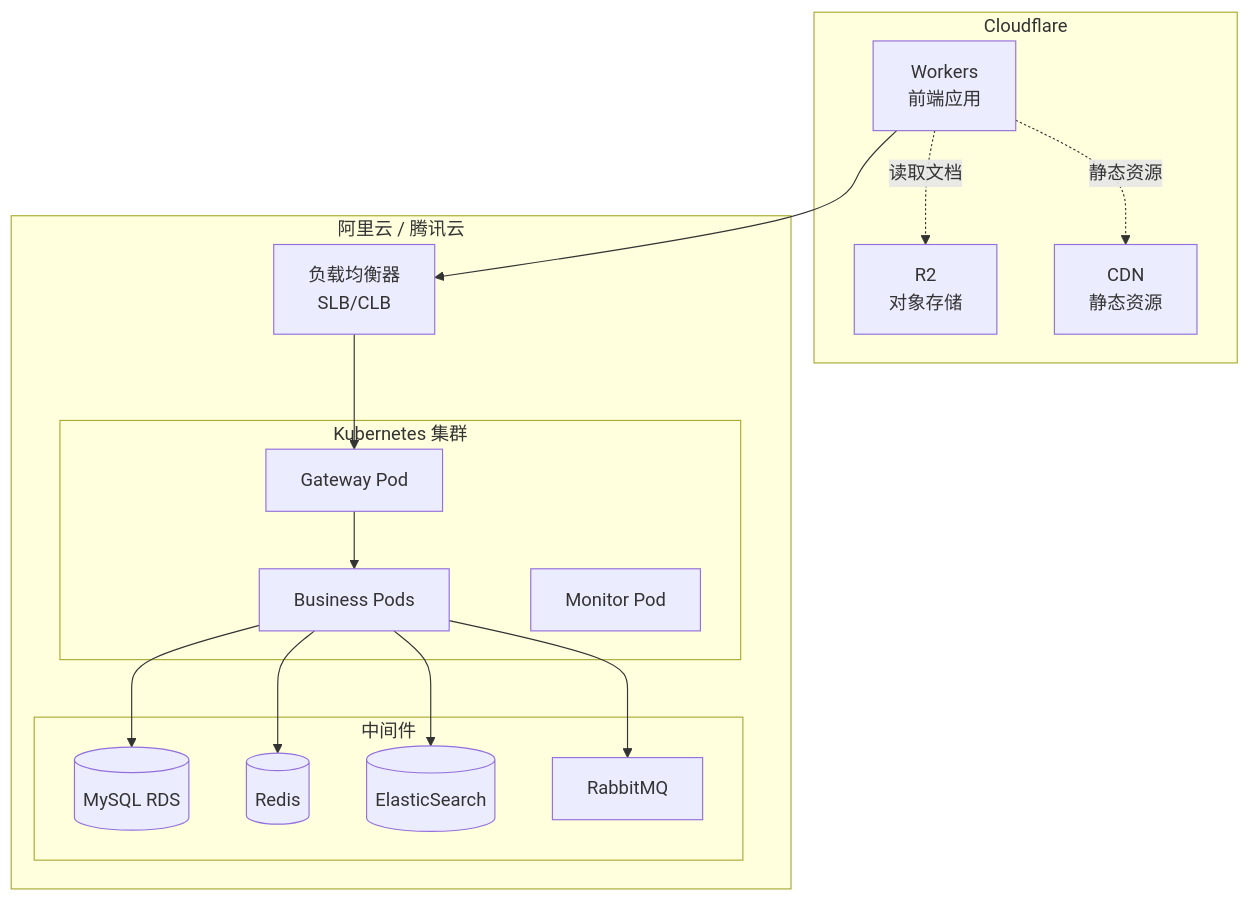
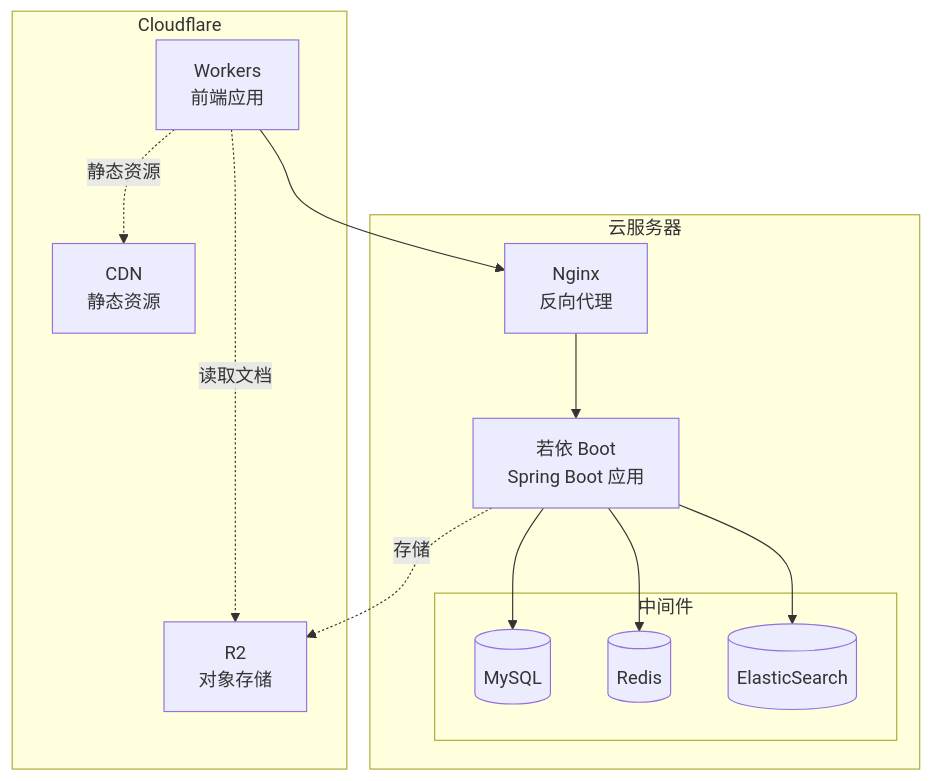
One commit to MisinGuo/game-box-web changed the fourth of 14 diagrams in docs/架构设计文档.md. Above: the diagram before and after it, drawn with Mermaid. The commit also changed other lines of this file and 3 other files, not shown here.

````diff
--- a/docs/架构设计文档.md
+++ b/docs/架构设计文档.md
@@ -169,36 +150,29 @@
 ```mermaid
 graph TB
     subgraph "Cloudflare"
         A[Workers<br/>前端应用]
         B[R2<br/>对象存储]
         C[CDN<br/>静态资源]
     end
     
-    subgraph "阿里云 / 腾讯云"
-        D[负载均衡器<br/>SLB/CLB]
-        
-        subgraph "Kubernetes 集群"
-            E[Gateway Pod]
-            F[Business Pods]
-            G[Monitor Pod]
-        end
+    subgraph "云服务器"
+        D[Nginx<br/>反向代理]
+        E[若依 Boot<br/>Spring Boot 应用]
         
         subgraph "中间件"
-            H[(MySQL RDS)]
+            H[(MySQL)]
             I[(Redis)]
             J[(ElasticSearch)]
-            K[RabbitMQ]
         end
     end
     
     A --> D
     D --> E
-    E --> F
-    F --> H
-    F --> I
-    F --> J
-    F --> K
+    E --> H
+    E --> I
+    E --> J
+    E -.存储.-> B
     
     A -.读取文档.-> B
     A -.静态资源.-> C
 ```
````
